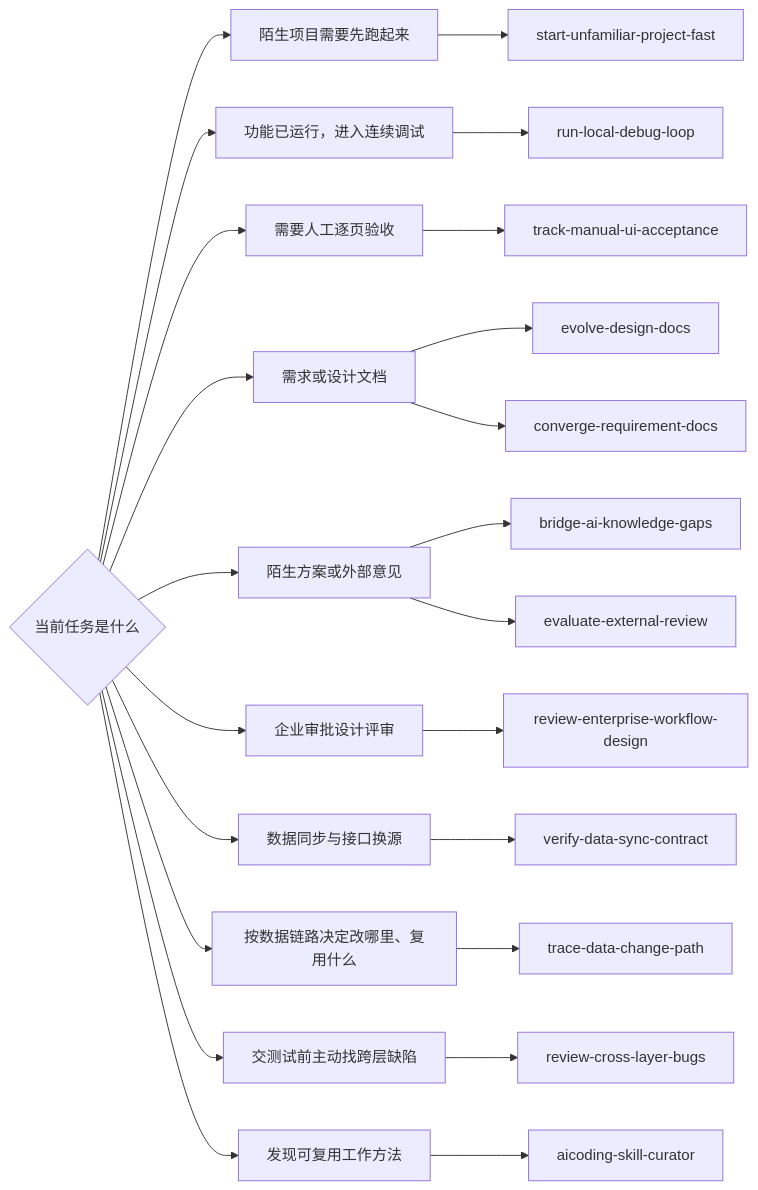
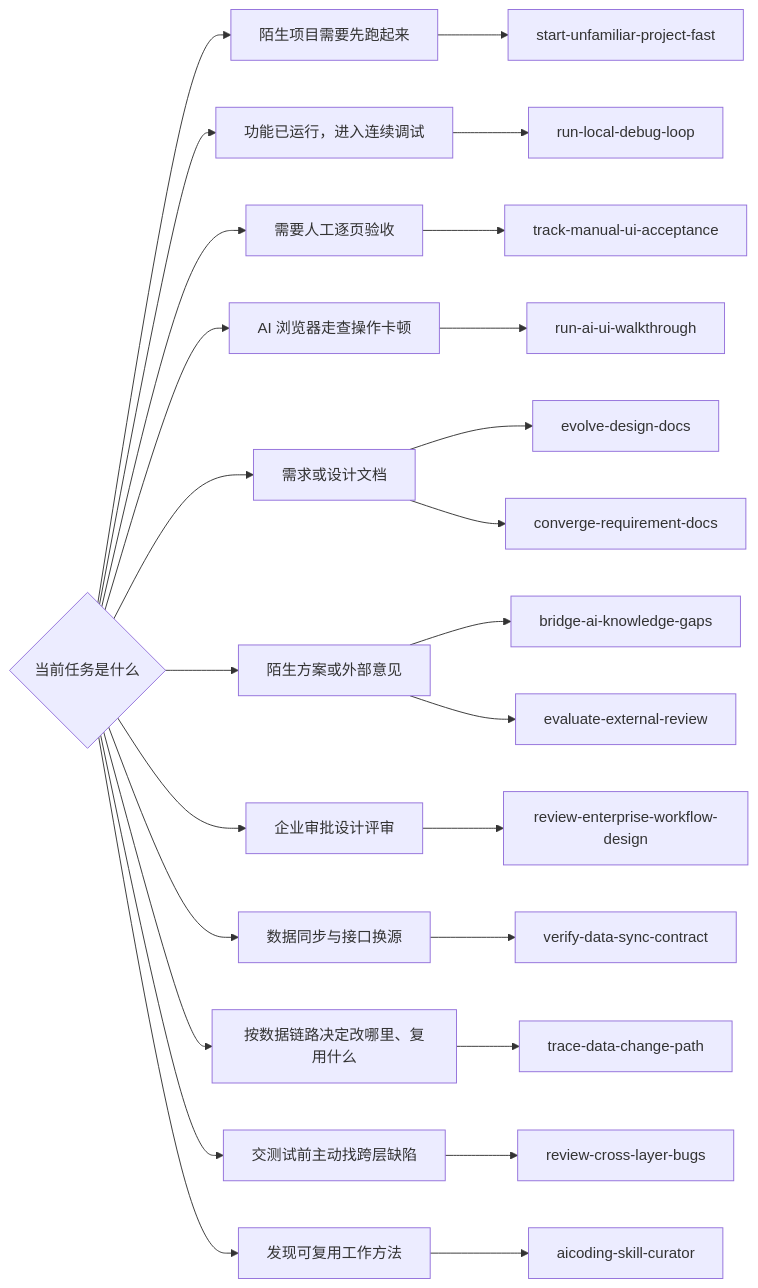
Before and after one commit to KelvinFanXian/aicoding: the diagram in README.md, drawn with Mermaid. The commit also changed other lines of this file and 3 other files, not shown here.

Commit message:
新增 AI 浏览器走查卡顿治理经验 run-ai-ui-walkthrough

````diff
--- a/README.md
+++ b/README.md
@@ -45,26 +46,28 @@
 ```mermaid
 flowchart LR
     Q{当前任务是什么}
     Q --> A[陌生项目需要先跑起来]
     A --> A1[start-unfamiliar-project-fast]
     Q --> B[功能已运行，进入连续调试]
     B --> B1[run-local-debug-loop]
     Q --> C[需要人工逐页验收]
     C --> C1[track-manual-ui-acceptance]
+    Q --> C2[AI 浏览器走查操作卡顿]
+    C2 --> C3[run-ai-ui-walkthrough]
     Q --> D[需求或设计文档]
     D --> D1[evolve-design-docs]
     D --> D2[converge-requirement-docs]
     Q --> E[陌生方案或外部意见]
     E --> E1[bridge-ai-knowledge-gaps]
     E --> E2[evaluate-external-review]
     Q --> F[企业审批设计评审]
     F --> F1[review-enterprise-workflow-design]
     Q --> H[数据同步与接口换源]
     H --> H1[verify-data-sync-contract]
     Q --> I[按数据链路决定改哪里、复用什么]
     I --> I1[trace-data-change-path]
     Q --> J[交测试前主动找跨层缺陷]
     J --> J1[review-cross-layer-bugs]
     Q --> G[发现可复用工作方法]
     G --> G1[aicoding-skill-curator]
 ```
````
